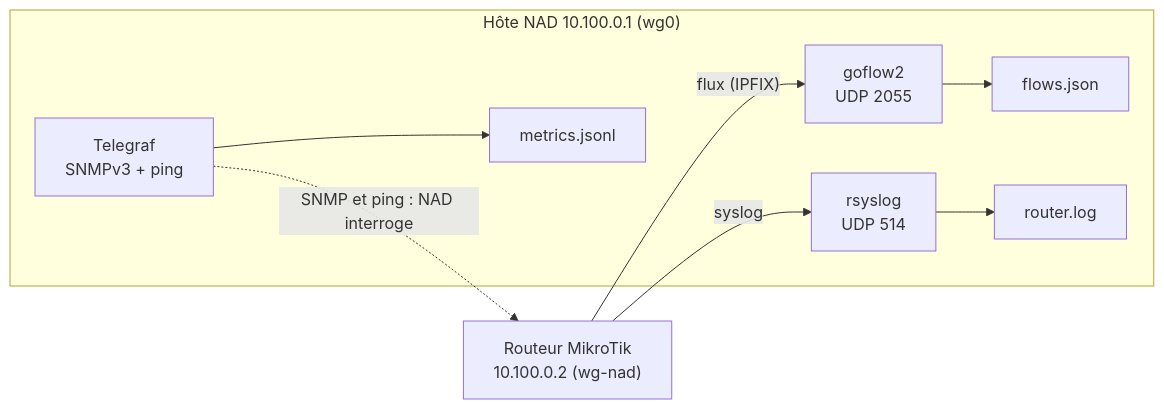
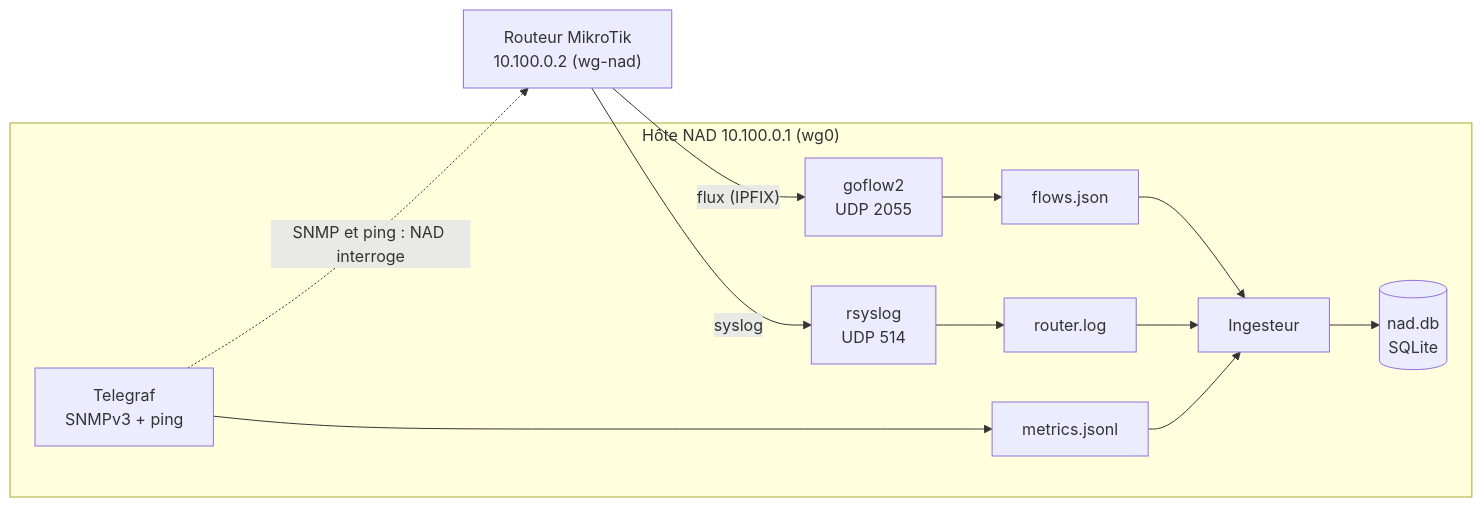
Before and after one commit to RStephanH/NAD: the first of 2 diagrams in docs/guides/01-telemetry-and-ingestion.fr.md, drawn with Mermaid. The commit also changed other lines of this file and 1 other file, not shown here.

First line of the commit message:
docs(guides): add rotation, SQLite storage and file inventory

````diff
--- a/docs/guides/01-telemetry-and-ingestion.fr.md
+++ b/docs/guides/01-telemetry-and-ingestion.fr.md
@@ -48,12 +51,16 @@
 ```mermaid
 flowchart LR
   R["Routeur MikroTik<br/>10.100.0.2 (wg-nad)"]
   subgraph H["Hôte NAD 10.100.0.1 (wg0)"]
     G["goflow2<br/>UDP 2055"] --> F["flows.json"]
     S["rsyslog<br/>UDP 514"] --> L["router.log"]
     T["Telegraf<br/>SNMPv3 + ping"] --> M["metrics.jsonl"]
+    F --> I["Ingesteur"]
+    L --> I
+    M --> I
+    I --> D[("nad.db<br/>SQLite")]
   end
   R -- "flux (IPFIX)" --> G
   R -- "syslog" --> S
   T -. "SNMP et ping : NAD interroge" .-> R
 ```
````
